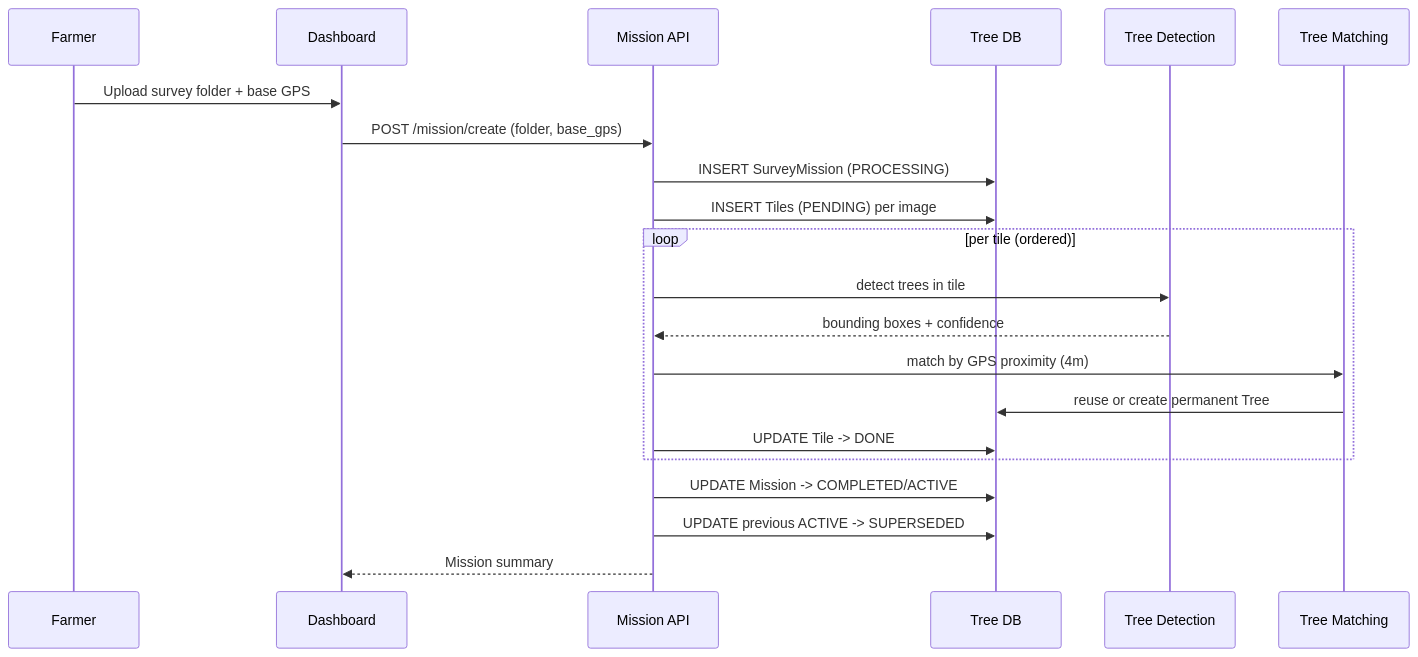
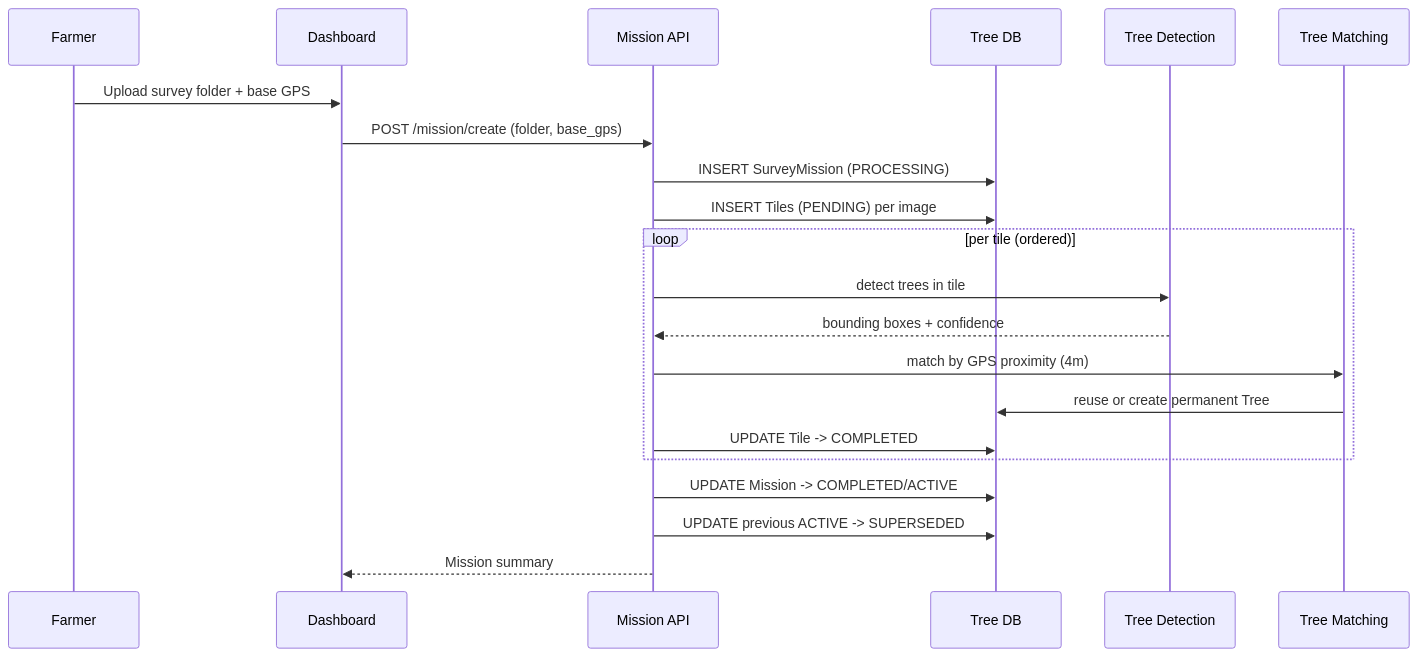
Before and after one commit to Maheshh-S/autonomous-coconut-harvester: the third of 34 diagrams in PROJECT_SPECIFICATION.md, drawn with Mermaid. The commit also changed other lines of this file and 9 other files, not shown here.

````diff
--- a/PROJECT_SPECIFICATION.md
+++ b/PROJECT_SPECIFICATION.md
@@ -608,24 +608,24 @@
 ```mermaid
 sequenceDiagram
     participant F as Farmer
     participant UI as Dashboard
     participant API as Mission API
     participant DB as Tree DB
     participant DET as Tree Detection
     participant MAT as Tree Matching
 
     F->>UI: Upload survey folder + base GPS
     UI->>API: POST /mission/create (folder, base_gps)
     API->>DB: INSERT SurveyMission (PROCESSING)
     API->>DB: INSERT Tiles (PENDING) per image
     loop per tile (ordered)
         API->>DET: detect trees in tile
         DET-->>API: bounding boxes + confidence
         API->>MAT: match by GPS proximity (4m)
         MAT->>DB: reuse or create permanent Tree
-        API->>DB: UPDATE Tile -> DONE
+        API->>DB: UPDATE Tile -> COMPLETED
     end
     API->>DB: UPDATE Mission -> COMPLETED/ACTIVE
     API->>DB: UPDATE previous ACTIVE -> SUPERSEDED
     API-->>UI: Mission summary
 ```
````
